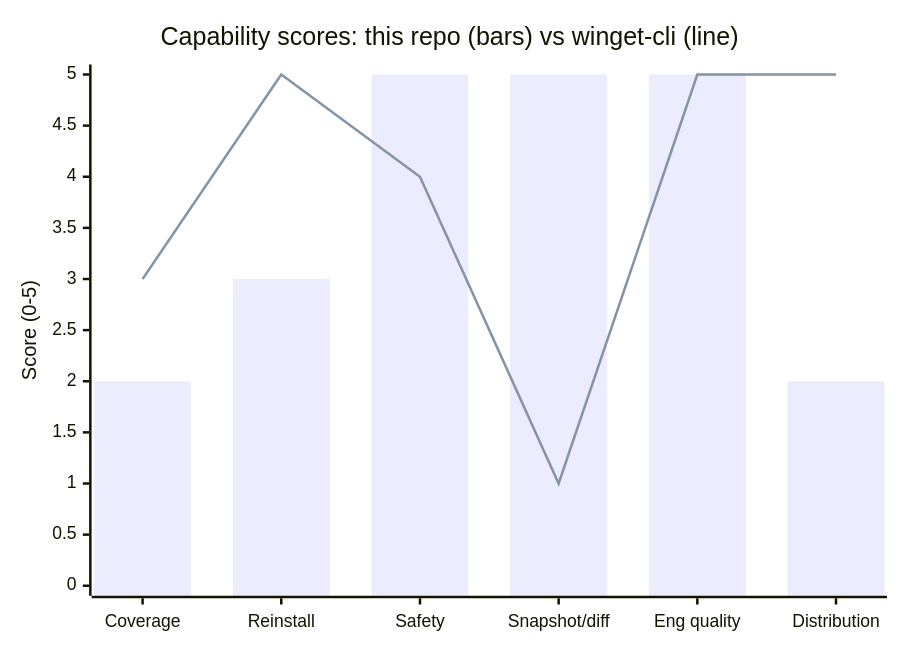
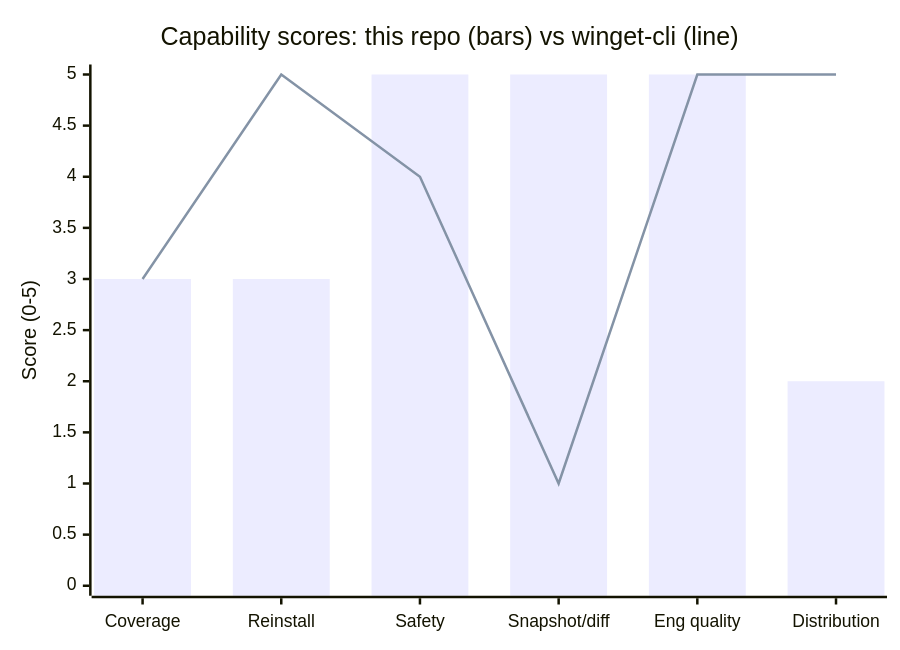
Before and after one commit to Kozphy/installed-software-inventory-public: the diagram in README.md, drawn with Mermaid. The commit also changed other lines of this file and 16 other files, not shown here.

````diff
--- a/README.md
+++ b/README.md
@@ -328,8 +342,8 @@
 ```mermaid
 xychart-beta
     title "Capability scores: this repo (bars) vs winget-cli (line)"
     x-axis ["Coverage", "Reinstall", "Safety", "Snapshot/diff", "Eng quality", "Distribution"]
     y-axis "Score (0-5)" 0 --> 5
-    bar [2, 3, 5, 5, 5, 2]
+    bar [3, 3, 5, 5, 5, 2]
     line [3, 5, 4, 1, 5, 5]
 ```
````
